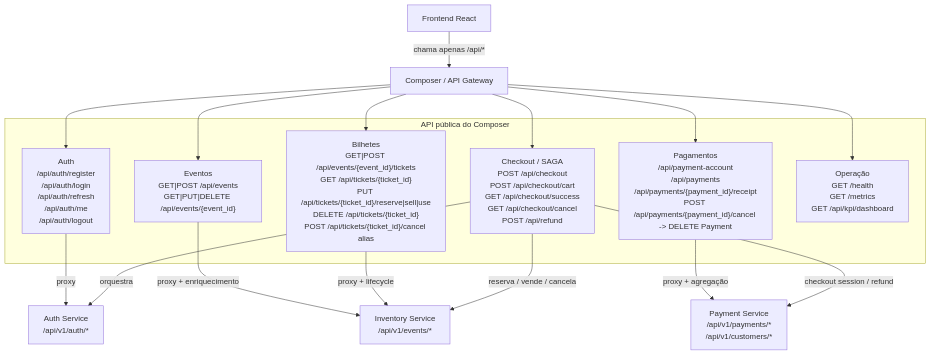
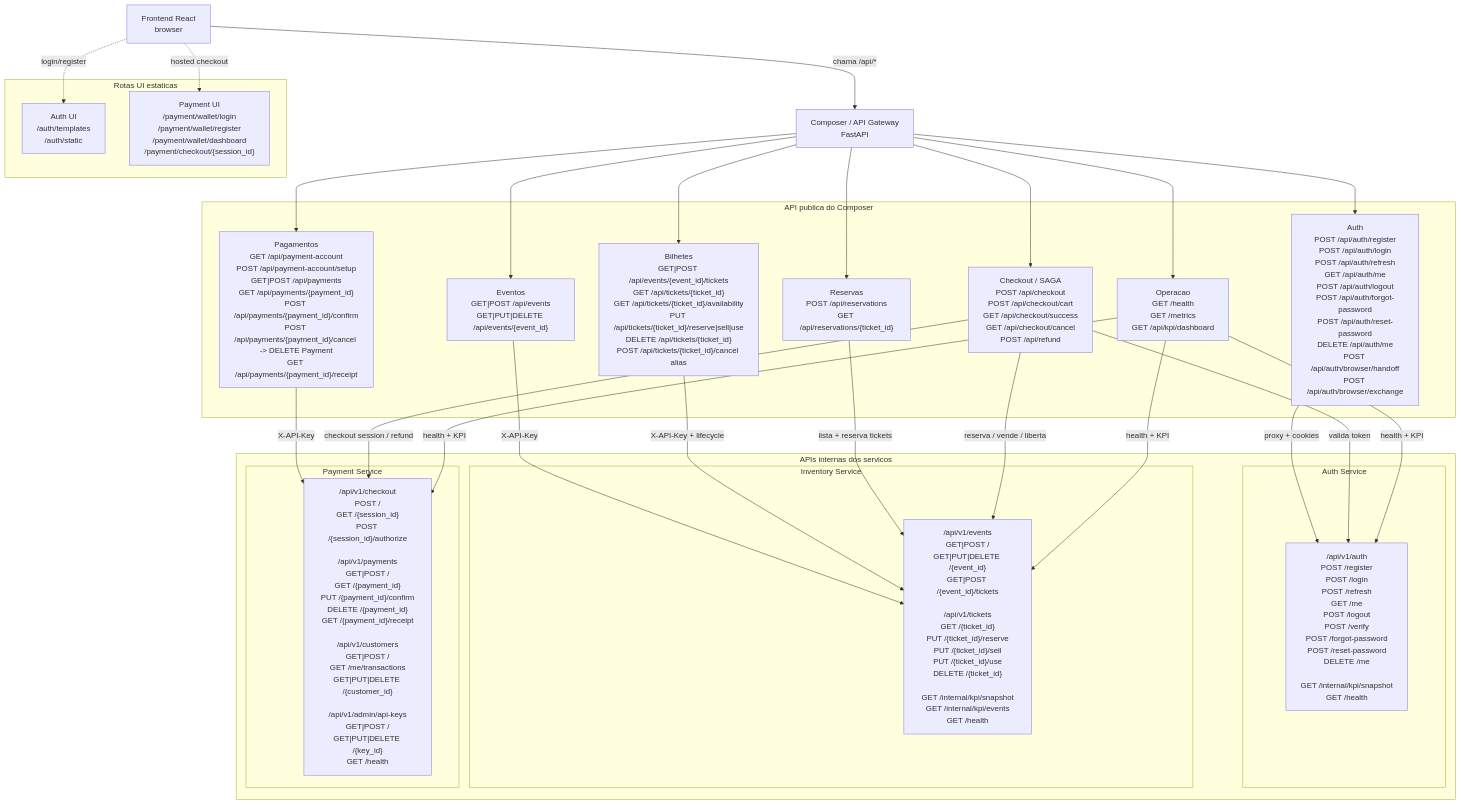
One commit to andrealex50/composer-egs changed the diagram in presentacao/diagrama-apis.md. Above: the diagram before and after it, drawn with Mermaid.

Commit message:
docs: expand presentation API diagram

````diff
--- a/presentacao/diagrama-apis.md
+++ b/presentacao/diagrama-apis.md
@@ -3,28 +3,57 @@
 ```mermaid
 flowchart TB
-    FE[Frontend React] -->|chama apenas /api/*| C[Composer / API Gateway]
+    FE["Frontend React<br/>browser"] -->|"chama /api/*"| C["Composer / API Gateway<br/>FastAPI"]
 
-    subgraph PUBLIC_API[API pública do Composer]
-        AUTH_API["Auth<br/>/api/auth/register<br/>/api/auth/login<br/>/api/auth/refresh<br/>/api/auth/me<br/>/api/auth/logout"]
+    subgraph COMPOSER_API["API publica do Composer"]
+        AUTH_API["Auth<br/>POST /api/auth/register<br/>POST /api/auth/login<br/>POST /api/auth/refresh<br/>GET /api/auth/me<br/>POST /api/auth/logout<br/>POST /api/auth/forgot-password<br/>POST /api/auth/reset-password<br/>DELETE /api/auth/me<br/>POST /api/auth/browser/handoff<br/>POST /api/auth/browser/exchange"]
         EVENT_API["Eventos<br/>GET|POST /api/events<br/>GET|PUT|DELETE /api/events/{event_id}"]
-        TICKET_API["Bilhetes<br/>GET|POST /api/events/{event_id}/tickets<br/>GET /api/tickets/{ticket_id}<br/>PUT /api/tickets/{ticket_id}/reserve|sell|use<br/>DELETE /api/tickets/{ticket_id}<br/>POST /api/tickets/{ticket_id}/cancel alias"]
-        PAYMENT_API["Pagamentos<br/>/api/payment-account<br/>/api/payments<br/>/api/payments/{payment_id}/receipt<br/>POST /api/payments/{payment_id}/cancel -> DELETE Payment"]
+        TICKET_API["Bilhetes<br/>GET|POST /api/events/{event_id}/tickets<br/>GET /api/tickets/{ticket_id}<br/>GET /api/tickets/{ticket_id}/availability<br/>PUT /api/tickets/{ticket_id}/reserve|sell|use<br/>DELETE /api/tickets/{ticket_id}<br/>POST /api/tickets/{ticket_id}/cancel alias"]
+        RES_API["Reservas<br/>POST /api/reservations<br/>GET /api/reservations/{ticket_id}"]
+        PAYMENT_API["Pagamentos<br/>GET /api/payment-account<br/>POST /api/payment-account/setup<br/>GET|POST /api/payments<br/>GET /api/payments/{payment_id}<br/>POST /api/payments/{payment_id}/confirm<br/>POST /api/payments/{payment_id}/cancel -> DELETE Payment<br/>GET /api/payments/{payment_id}/receipt"]
         CHECKOUT_API["Checkout / SAGA<br/>POST /api/checkout<br/>POST /api/checkout/cart<br/>GET /api/checkout/success<br/>GET /api/checkout/cancel<br/>POST /api/refund"]
-        OPS_API["Operação<br/>GET /health<br/>GET /metrics<br/>GET /api/kpi/dashboard"]
+        OPS_API["Operacao<br/>GET /health<br/>GET /metrics<br/>GET /api/kpi/dashboard"]
     end
 
     C --> AUTH_API
     C --> EVENT_API
     C --> TICKET_API
+    C --> RES_API
     C --> PAYMENT_API
     C --> CHECKOUT_API
     C --> OPS_API
 
-    AUTH_API -->|proxy| AUTH_SERVICE["Auth Service<br/>/api/v1/auth/*"]
-    EVENT_API -->|proxy + enriquecimento| INV_SERVICE["Inventory Service<br/>/api/v1/events/*"]
-    TICKET_API -->|proxy + lifecycle| INV_SERVICE
-    PAYMENT_API -->|proxy + agregação| PAY_SERVICE["Payment Service<br/>/api/v1/payments/*<br/>/api/v1/customers/*"]
-    CHECKOUT_API -->|orquestra| AUTH_SERVICE
-    CHECKOUT_API -->|reserva / vende / cancela| INV_SERVICE
-    CHECKOUT_API -->|checkout session / refund| PAY_SERVICE
+    subgraph BUSINESS_APIS["APIs internas dos servicos"]
+        subgraph AUTH_SERVICE["Auth Service"]
+            AUTH_INTERNAL["/api/v1/auth<br/>POST /register<br/>POST /login<br/>POST /refresh<br/>GET /me<br/>POST /logout<br/>POST /verify<br/>POST /forgot-password<br/>POST /reset-password<br/>DELETE /me<br/><br/>GET /internal/kpi/snapshot<br/>GET /health"]
+        end
+
+        subgraph INVENTORY_SERVICE["Inventory Service"]
+            INV_INTERNAL["/api/v1/events<br/>GET|POST /<br/>GET|PUT|DELETE /{event_id}<br/>GET|POST /{event_id}/tickets<br/><br/>/api/v1/tickets<br/>GET /{ticket_id}<br/>PUT /{ticket_id}/reserve<br/>PUT /{ticket_id}/sell<br/>PUT /{ticket_id}/use<br/>DELETE /{ticket_id}<br/><br/>GET /internal/kpi/snapshot<br/>GET /internal/kpi/events<br/>GET /health"]
+        end
+
+        subgraph PAYMENT_SERVICE["Payment Service"]
+            PAY_INTERNAL["/api/v1/checkout<br/>POST /<br/>GET /{session_id}<br/>POST /{session_id}/authorize<br/><br/>/api/v1/payments<br/>GET|POST /<br/>GET /{payment_id}<br/>PUT /{payment_id}/confirm<br/>DELETE /{payment_id}<br/>GET /{payment_id}/receipt<br/><br/>/api/v1/customers<br/>GET|POST /<br/>GET /me/transactions<br/>GET|PUT|DELETE /{customer_id}<br/><br/>/api/v1/admin/api-keys<br/>GET|POST /<br/>GET|PUT|DELETE /{key_id}<br/>GET /health"]
+        end
+    end
+
+    AUTH_API -->|"proxy + cookies"| AUTH_INTERNAL
+    EVENT_API -->|"X-API-Key"| INV_INTERNAL
+    TICKET_API -->|"X-API-Key + lifecycle"| INV_INTERNAL
+    RES_API -->|"lista + reserva tickets"| INV_INTERNAL
+
+    PAYMENT_API -->|"X-API-Key"| PAY_INTERNAL
+    CHECKOUT_API -->|"valida token"| AUTH_INTERNAL
+    CHECKOUT_API -->|"reserva / vende / liberta"| INV_INTERNAL
+    CHECKOUT_API -->|"checkout session / refund"| PAY_INTERNAL
+    OPS_API -->|"health + KPI"| AUTH_INTERNAL
+    OPS_API -->|"health + KPI"| INV_INTERNAL
+    OPS_API -->|"health + KPI"| PAY_INTERNAL
+
+    subgraph STATIC_UI["Rotas UI estaticas"]
+        AUTH_UI["Auth UI<br/>/auth/templates<br/>/auth/static"]
+        PAY_UI["Payment UI<br/>/payment/wallet/login<br/>/payment/wallet/register<br/>/payment/wallet/dashboard<br/>/payment/checkout/{session_id}"]
+    end
+
+    FE -. login/register .-> AUTH_UI
+    FE -. hosted checkout .-> PAY_UI
 ```
````
